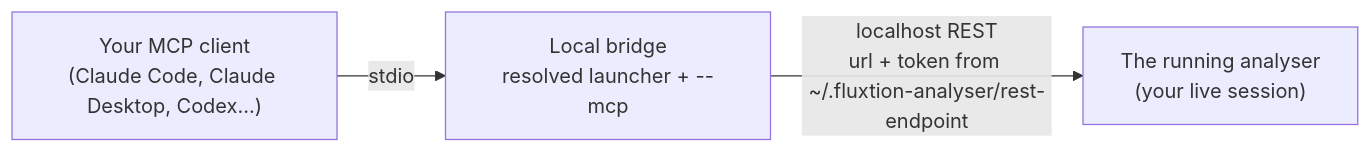
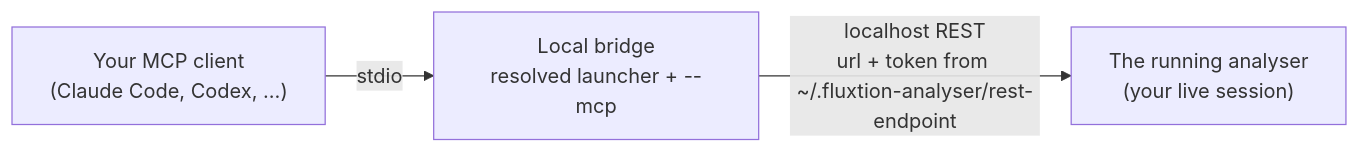
One commit to telaminai/fluxtionauditlog-analyser changed the diagram in docs/site/connect-an-llm.md. Above: the diagram before and after it, drawn with Mermaid. The commit also changed other lines of this file and 25 other files, not shown here.

````diff
--- a/docs/site/connect-an-llm.md
+++ b/docs/site/connect-an-llm.md
@@ -10,5 +9,5 @@
 ```mermaid
 flowchart LR
-  C["Your MCP client<br/>(Claude Code, Claude Desktop, Codex…)"] -->|stdio| B["Local bridge<br/>resolved launcher + --mcp"]
+  C["Your MCP client<br/>(Claude Code, Codex, …)"] -->|stdio| B["Local bridge<br/>resolved launcher + --mcp"]
   B -->|localhost REST<br/>url + token from ~/.fluxtion-analyser/rest-endpoint| A["The running analyser<br/>(your live session)"]
 ```
````
